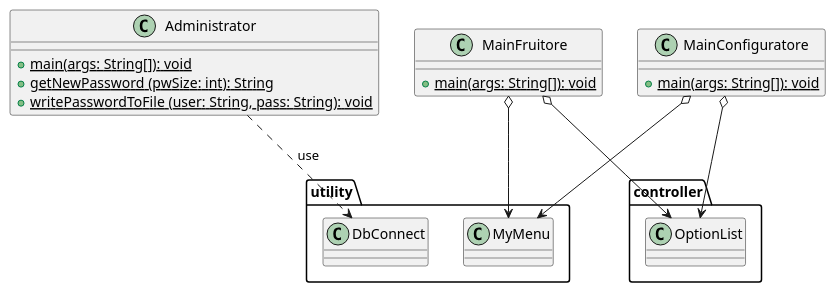
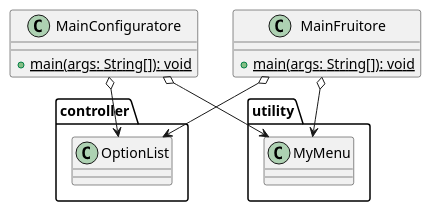
One commit to bernagit/IngegneriaSoftware changed the diagram in Documentation/Ver2/main.puml. Above: the diagram before and after it, drawn with PlantUML. The commit also changed 21 other files, not shown here.

```diff
--- a/Documentation/Ver2/main.puml
+++ b/Documentation/Ver2/main.puml
@@ -1,26 +1,19 @@
 @startuml main
-class Administrator {
-    +{static} main(args: String[]): void
-    +{static} getNewPassword (pwSize: int): String
-    +{static} writePasswordToFile (user: String, pass: String): void
-
-}
 
 class MainConfiguratore {
     +{static} main(args: String[]): void
 }
 
 class MainFruitore {
     +{static} main(args: String[]): void
 }
 
 
 MainConfiguratore o--> controller.OptionList
 MainConfiguratore o--> utility.MyMenu
 
 MainFruitore o--> controller.OptionList
 MainFruitore o--> utility.MyMenu
 
-Administrator ..> utility.DbConnect: use
 
 @enduml
```
